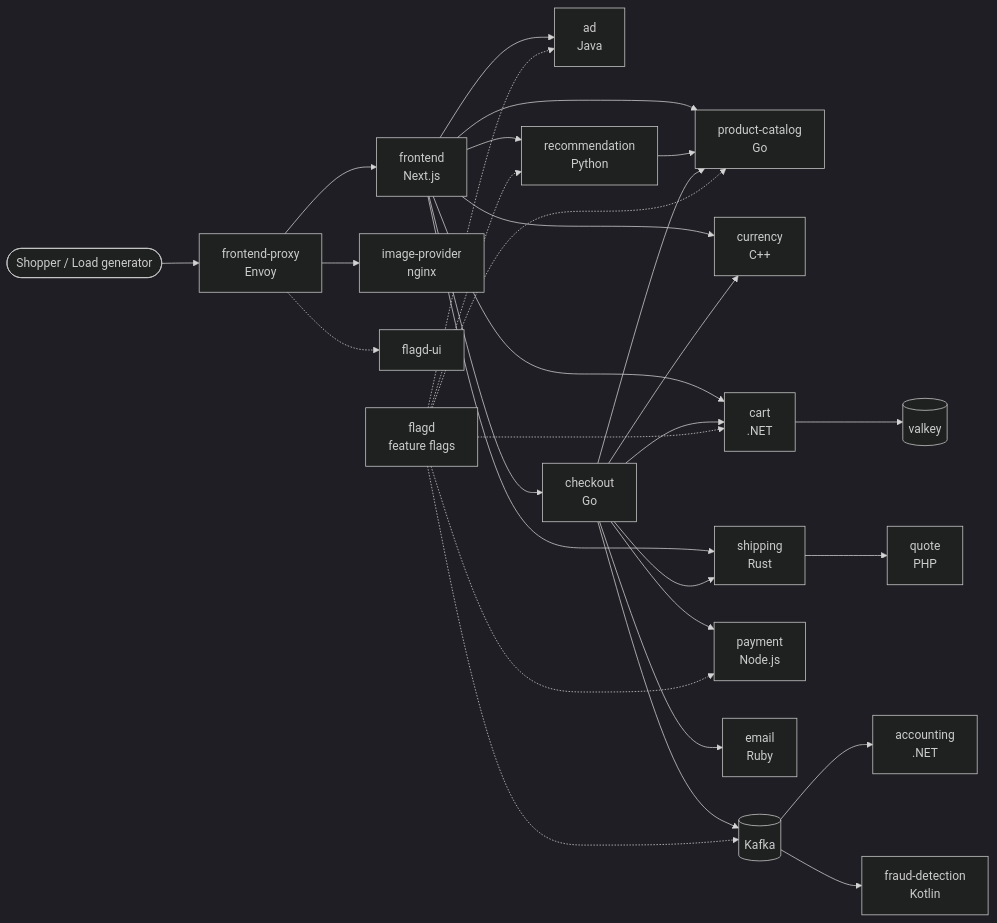
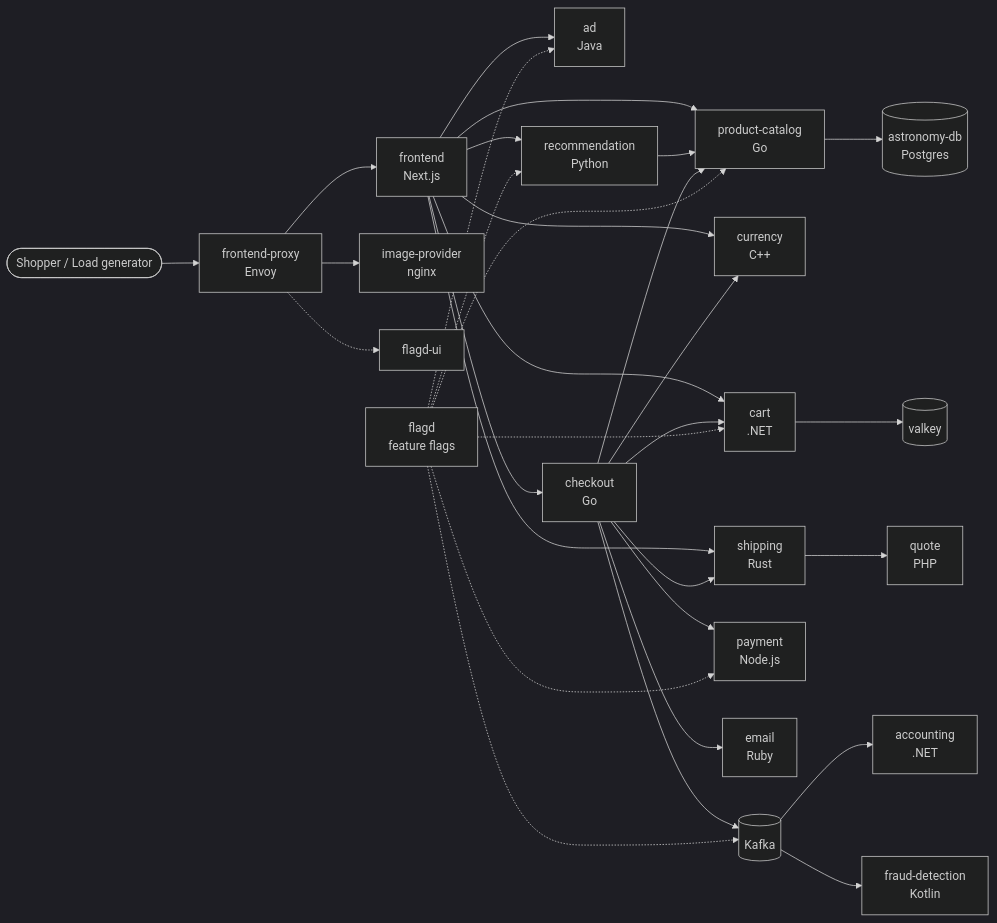
Before and after one commit to sandeshlamsal/SRE_BestPractices_Principles_Interviews_Labs: the diagram in docs/architecture.md, drawn with Mermaid (dark theme). The commit also changed other lines of this file and 6 other files, not shown here.

````diff
--- a/docs/architecture.md
+++ b/docs/architecture.md
@@ -20,24 +20,25 @@
 ```mermaid
 flowchart LR
   user([Shopper / Load generator]) --> proxy[frontend-proxy<br/>Envoy]
   proxy --> fe[frontend<br/>Next.js]
   proxy --> img[image-provider<br/>nginx]
   proxy -.-> flagui[flagd-ui]
   fe --> ad[ad<br/>Java]
   fe --> rec[recommendation<br/>Python]
   fe --> pc[product-catalog<br/>Go]
   fe --> cur[currency<br/>C++]
   fe --> cart[cart<br/>.NET]
   fe --> ship[shipping<br/>Rust]
   fe --> co[checkout<br/>Go]
   rec --> pc
+  pc --> db[(astronomy-db<br/>Postgres)]
   cart --> valkey[(valkey)]
   ship --> quote[quote<br/>PHP]
   co --> cart & pc & cur & ship
   co --> pay[payment<br/>Node.js]
   co --> email[email<br/>Ruby]
   co --> kafka[(Kafka)]
   kafka --> acct[accounting<br/>.NET]
   kafka --> fraud[fraud-detection<br/>Kotlin]
   flagd[flagd<br/>feature flags] -.-> ad & rec & pc & pay & cart & kafka
 ```
````
